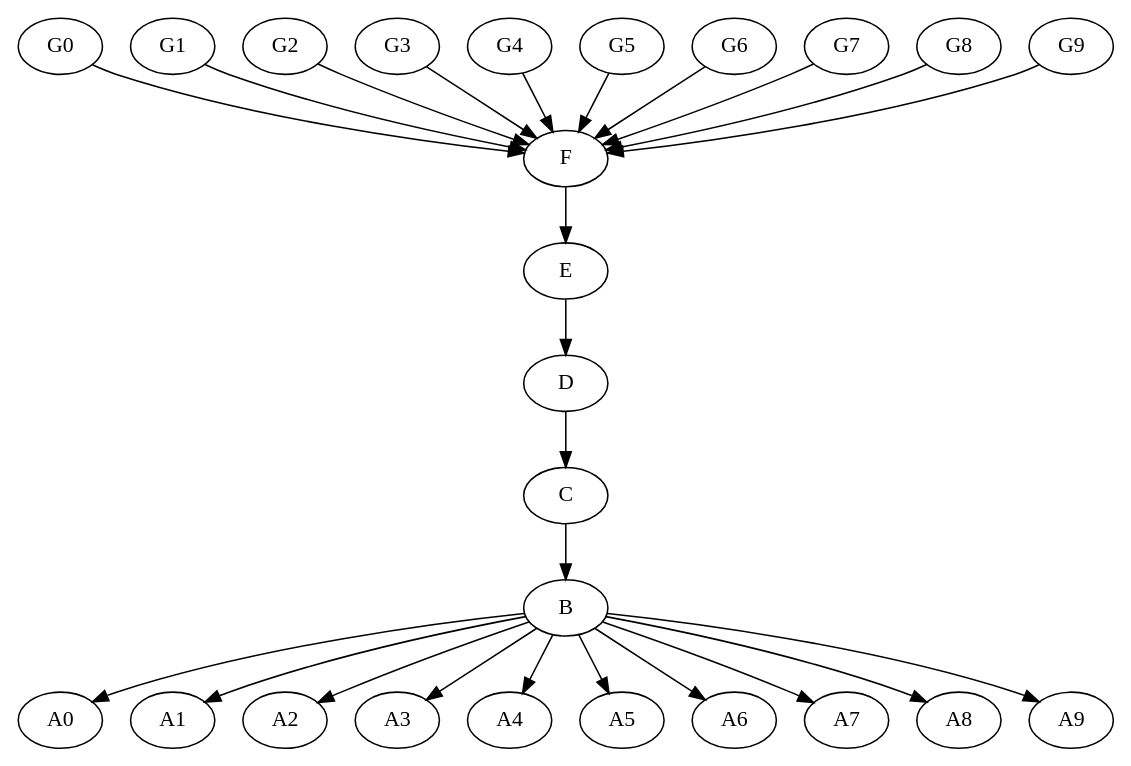
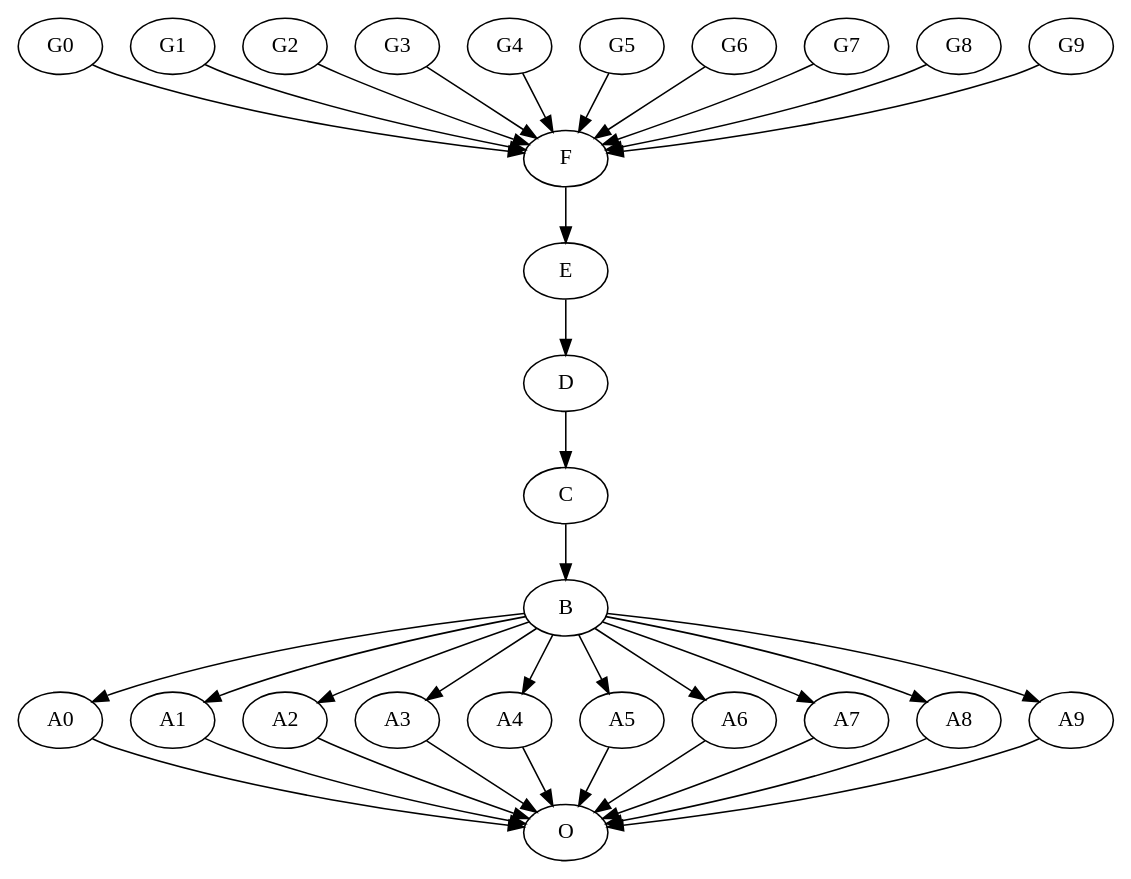
The diagram in notebooks_and_scripts/workflow/patterns/hourglass.dot (kamangir/notebooks-and-scripts), drawn with Graphviz before and after one commit. The commit also changed 1 other file, not shown here.

```diff
--- a/notebooks_and_scripts/workflow/patterns/hourglass.dot
+++ b/notebooks_and_scripts/workflow/patterns/hourglass.dot
@@ -1,31 +1,42 @@
 digraph G {
     G0 -> F;
     G1 -> F;
     G2 -> F;
     G3 -> F;
     G4 -> F;
     G5 -> F;
     G6 -> F;
     G7 -> F;
     G8 -> F;
     G9 -> F;
 
     F -> E;
 
     E -> D;
 
     D -> C;
 
     C -> B;
 
     B -> A0;
     B -> A1;
     B -> A2;
     B -> A3;
     B -> A4;
     B -> A5;
     B -> A6;
     B -> A7;
     B -> A8;
     B -> A9;
+
+    A0 -> O;
+    A1 -> O;
+    A2 -> O;
+    A3 -> O;
+    A4 -> O;
+    A5 -> O;
+    A6 -> O;
+    A7 -> O;
+    A8 -> O;
+    A9 -> O;
 }
```
